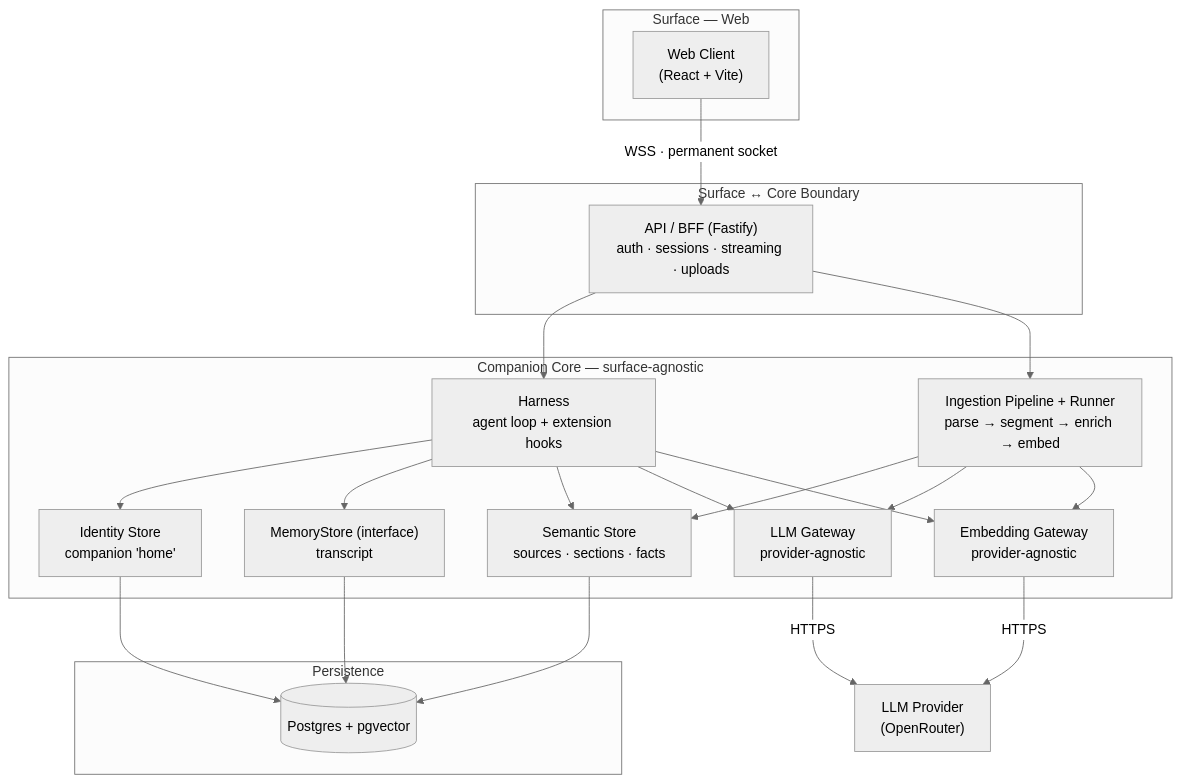
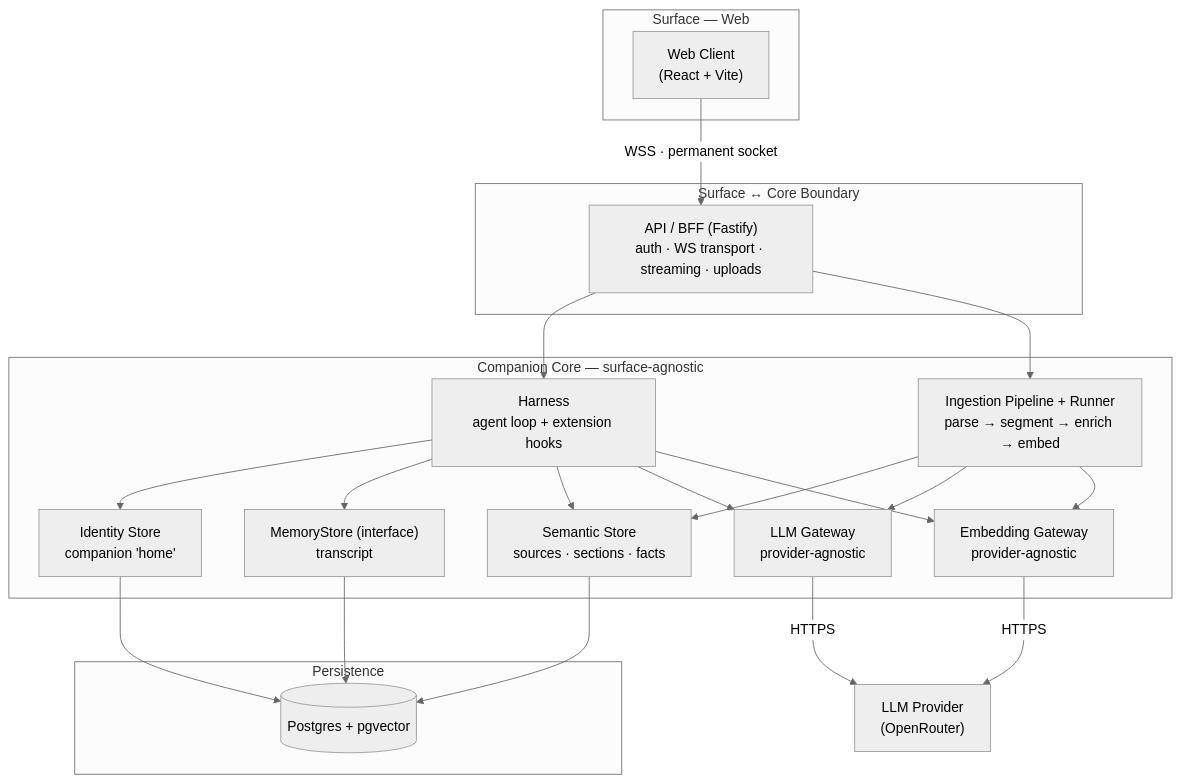
The second of 12 diagrams in docs/architecture.md (CobbleStamp/CobbleCompanion), drawn with Mermaid (neutral theme) before and after one commit. The commit also changed other lines of this file and 8 other files, not shown here.

````diff
--- a/docs/architecture.md
+++ b/docs/architecture.md
@@ -132,39 +132,39 @@
 ```mermaid
 flowchart TB
   subgraph SURFACE["Surface — Web"]
     WEB["Web Client<br/>(React + Vite)"]
   end
   subgraph BOUNDARY["Surface ↔ Core Boundary"]
-    API["API / BFF (Fastify)<br/>auth · sessions · streaming · uploads"]
+    API["API / BFF (Fastify)<br/>auth · WS transport · streaming · uploads"]
   end
   subgraph CORE["Companion Core — surface-agnostic"]
     H["Harness<br/>agent loop + extension hooks"]
     GW["LLM Gateway<br/>provider-agnostic"]
     EGW["Embedding Gateway<br/>provider-agnostic"]
     MEM["MemoryStore (interface)<br/>transcript"]
     SEM["Semantic Store<br/>sources · sections · facts"]
     ING["Ingestion Pipeline + Runner<br/>parse → segment → enrich → embed"]
     ID["Identity Store<br/>companion 'home'"]
   end
   subgraph DATA["Persistence"]
     PG[("Postgres + pgvector")]
   end
   LLM["LLM Provider<br/>(OpenRouter)"]
 
   WEB -->|"WSS · permanent socket"| API
   API --> H
   API --> ING
   H --> ID
   H --> MEM
   H --> SEM
   H --> GW
   H --> EGW
   ING --> SEM
   ING --> GW
   ING --> EGW
   GW -->|HTTPS| LLM
   EGW -->|HTTPS| LLM
   MEM --> PG
   SEM --> PG
   ID --> PG
 ```
````
